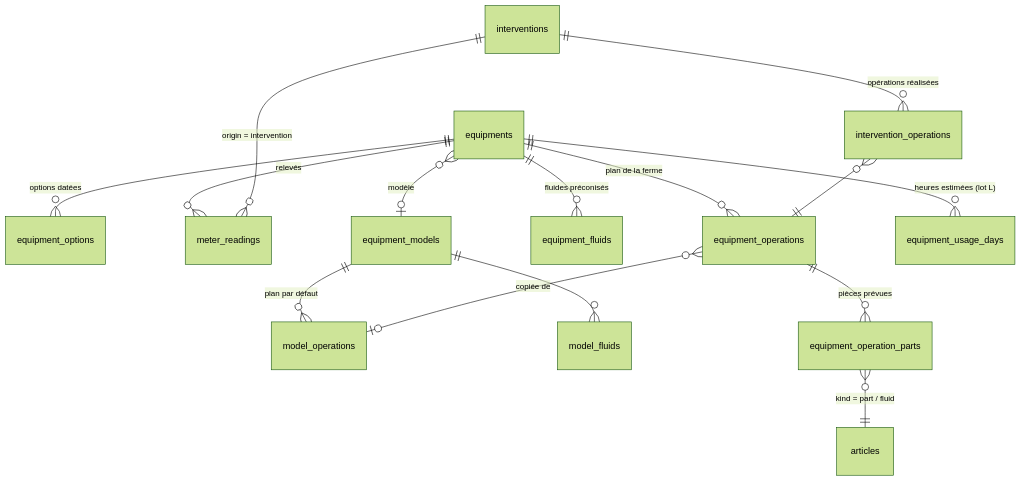
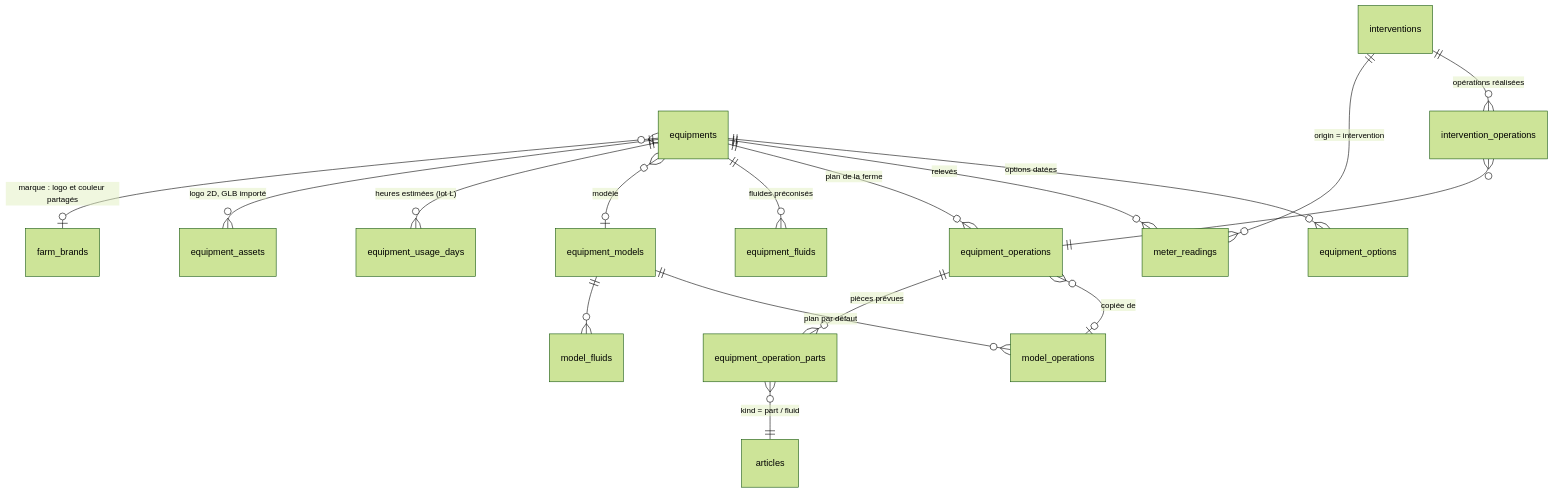
One commit to ekylibre/fourmy changed the first of 2 diagrams in docs/materiels-entretien-design.md. Above: the diagram before and after it, drawn with Mermaid (forest theme). The commit also changed other lines of this file and 1 other file, not shown here.

First line of the commit message:
docs: logo 2D et avatar 3D des matériels (FR-MAT-80 à 86, lot M)

````diff
--- a/docs/materiels-entretien-design.md
+++ b/docs/materiels-entretien-design.md
@@ -50,17 +52,19 @@
 ```mermaid
 erDiagram
   equipments ||--o{ equipment_options : "options datées"
   equipments ||--o{ meter_readings : "relevés"
   equipments ||--o{ equipment_operations : "plan de la ferme"
   equipments ||--o{ equipment_fluids : "fluides préconisés"
   equipments }o--o| equipment_models : "modèle"
   equipment_models ||--o{ model_operations : "plan par défaut"
   equipment_models ||--o{ model_fluids : ""
   equipment_operations }o--o| model_operations : "copiée de"
   equipment_operations ||--o{ equipment_operation_parts : "pièces prévues"
   equipment_operation_parts }o--|| articles : "kind = part / fluid"
   interventions ||--o{ intervention_operations : "opérations réalisées"
   intervention_operations }o--|| equipment_operations : ""
   interventions ||--o{ meter_readings : "origin = intervention"
   equipments ||--o{ equipment_usage_days : "heures estimées (lot L)"
+  equipments ||--o{ equipment_assets : "logo 2D, GLB importé"
+  equipments }o--o| farm_brands : "marque : logo et couleur partagés"
 ```
````
